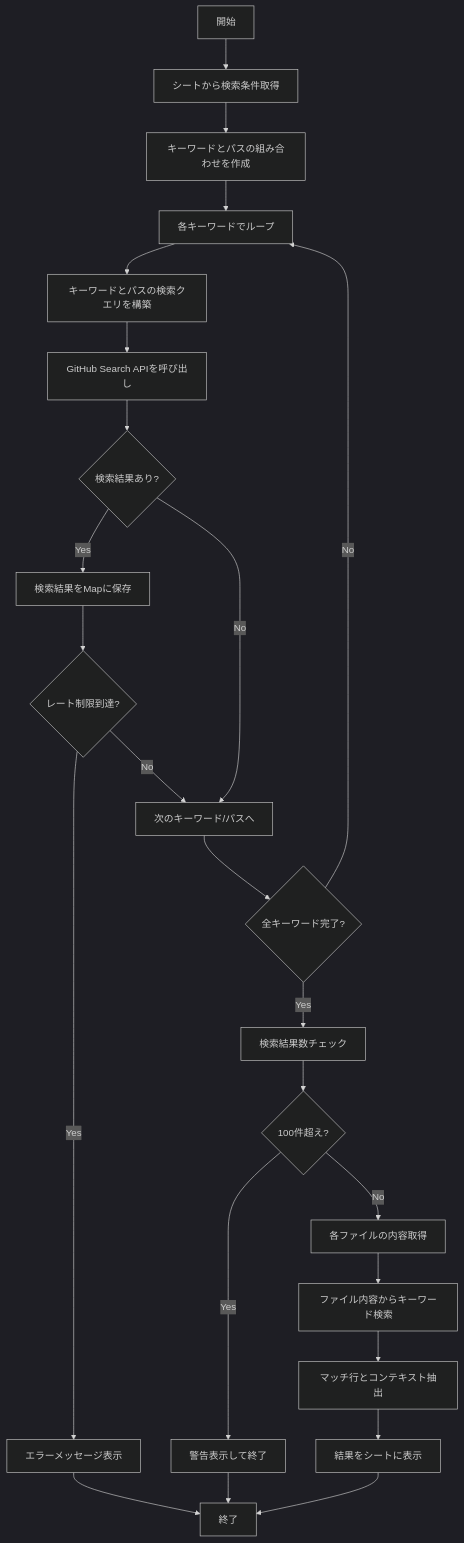
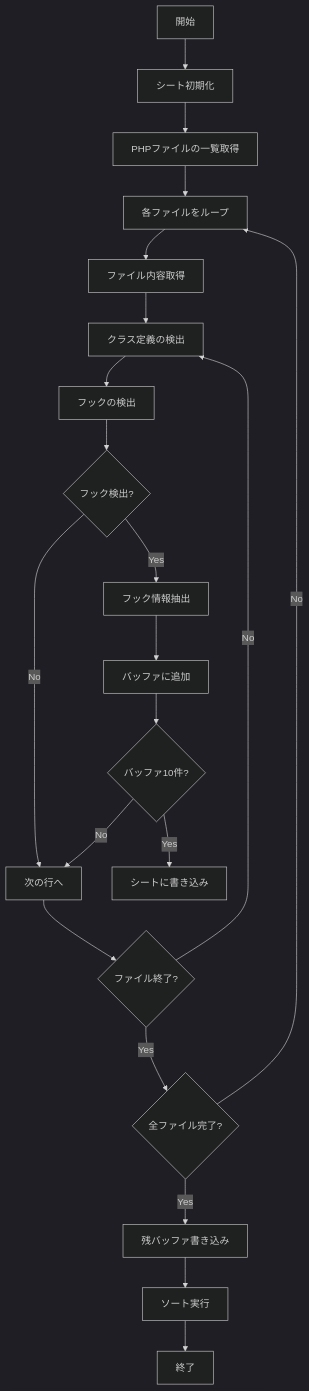
One commit to yukimasda/gas changed the diagram in BD_N2/README.md. Above: the diagram before and after it, drawn with Mermaid (dark theme). The commit also changed other lines of this file and 1 other file, not shown here.

````diff
--- a/BD_N2/README.md
+++ b/BD_N2/README.md
@@ -52,26 +46,23 @@
 ```mermaid
 flowchart TD
-A[開始] --> B[シートから検索条件取得]
-B --> C[キーワードとパスの組み合わせを作成]
-C --> D[各キーワードでループ]
-D --> E[キーワードとパスの検索クエリを構築]
-E --> F[GitHub Search APIを呼び出し]
-F --> G{検索結果あり?}
-G -- Yes --> H[検索結果をMapに保存]
-G -- No --> I[次のキーワード/パスへ]
-H --> J{レート制限到達?}
-J -- Yes --> K[エラーメッセージ表示]
-J -- No --> I
-I --> L{全キーワード完了?}
-L -- No --> D
-L -- Yes --> M[検索結果数チェック]
-M --> N{100件超え?}
-N -- Yes --> O[警告表示して終了]
-N -- No --> P[各ファイルの内容取得]
-P --> Q[ファイル内容からキーワード検索]
-Q --> R[マッチ行とコンテキスト抽出]
-R --> S[結果をシートに表示]
-S --> T[終了]
-K --> T
-O --> T
+A[開始] --> B[シート初期化]
+B --> C[PHPファイルの一覧取得]
+C --> D[各ファイルをループ]
+D --> E[ファイル内容取得]
+E --> F[クラス定義の検出]
+F --> G[フックの検出]
+G --> H{フック検出?}
+H -- Yes --> I[フック情報抽出]
+H -- No --> J[次の行へ]
+I --> K[バッファに追加]
+K --> L{バッファ10件?}
+L -- Yes --> M[シートに書き込み]
+L -- No --> J
+J --> N{ファイル終了?}
+N -- No --> F
+N -- Yes --> O{全ファイル完了?}
+O -- No --> D
+O -- Yes --> P[残バッファ書き込み]
+P --> Q[ソート実行]
+Q --> R[終了]
 ```
````
